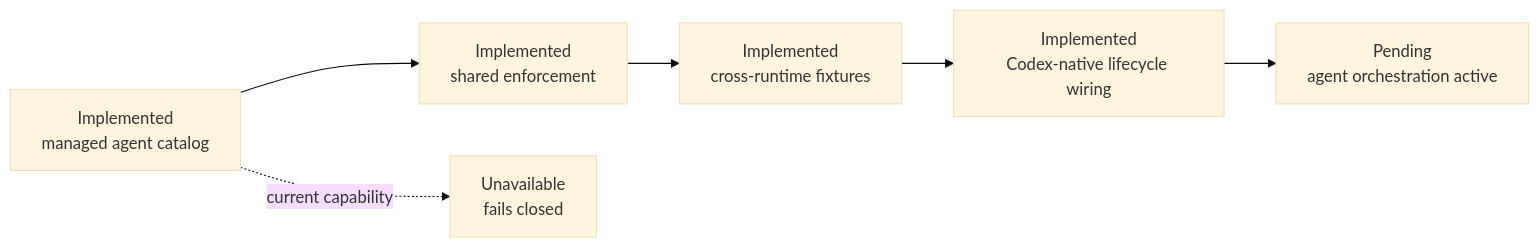
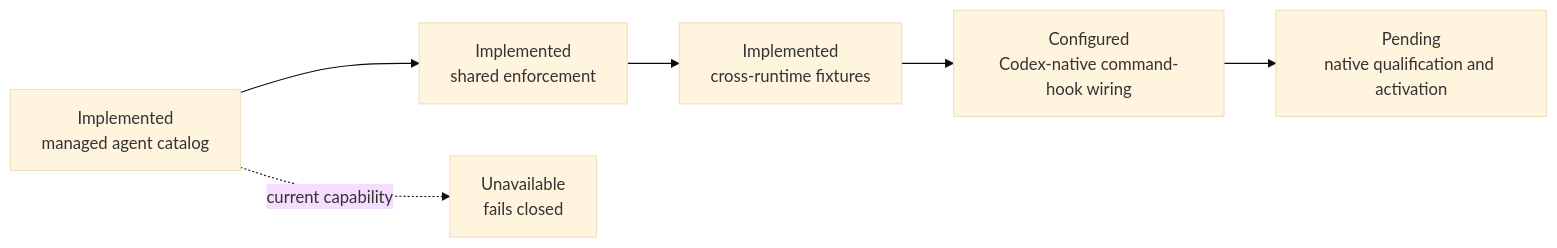
One commit to agentic-os-brasil/bcg-brasil-agentic-os changed the diagram in adapters/codex/README.md. Above: the diagram before and after it, drawn with Mermaid (base theme). The commit also changed other lines of this file and 5 other files, not shown here.

````diff
--- a/adapters/codex/README.md
+++ b/adapters/codex/README.md
@@ -51,8 +58,8 @@
 ```mermaid
 flowchart LR
     Catalog["Implemented<br/>managed agent catalog"] --> Adapter["Implemented<br/>shared enforcement"]
     Adapter --> Fixtures["Implemented<br/>cross-runtime fixtures"]
-    Fixtures --> Wiring["Implemented<br/>Codex-native lifecycle wiring"]
-    Wiring --> Active["Pending<br/>agent orchestration active"]
+    Fixtures --> Wiring["Configured<br/>Codex-native command-hook wiring"]
+    Wiring --> Active["Pending<br/>native qualification and activation"]
     Catalog -.->|current capability| Unavailable["Unavailable<br/>fails closed"]
 ```
````
